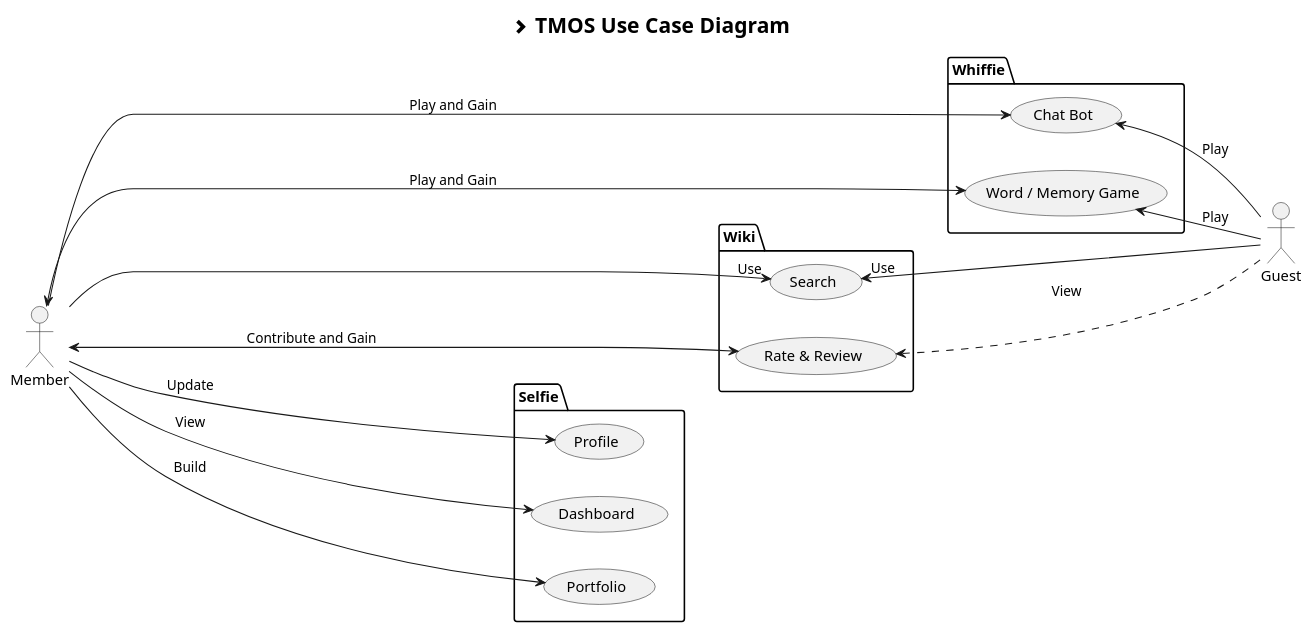
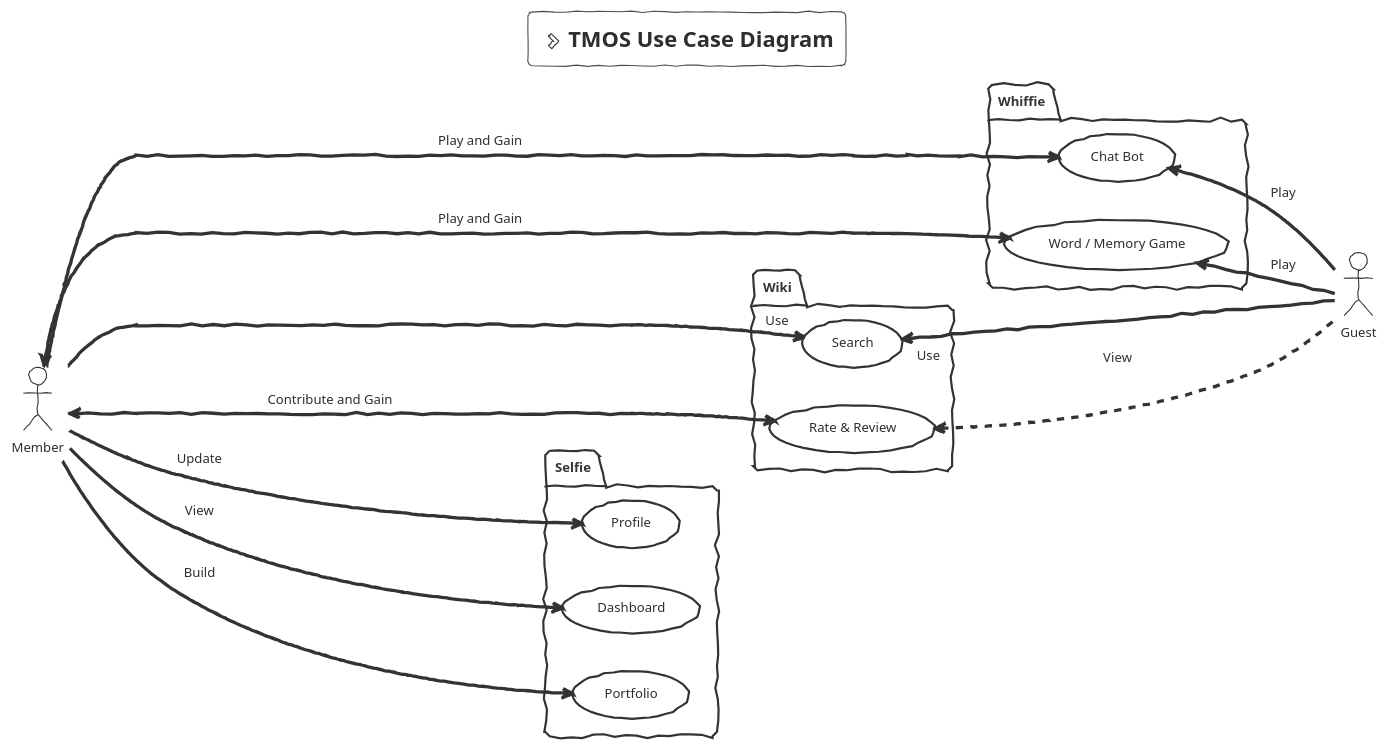
The diagram in docs/architecture/tmos_use_case.puml (pmwong008/PlantUML_boot), drawn with PlantUML before and after one commit. The commit also changed 4 other files, not shown here.

Commit message:
Sketchy theme applied to TMOS puml.

```diff
--- a/docs/architecture/tmos_use_case.puml
+++ b/docs/architecture/tmos_use_case.puml
@@ -1,43 +1,44 @@
 @startuml
+!theme sketchy-outline
 
 title <size:20> <&chevron-right> TMOS Use Case Diagram
 
 left to right direction
 actor Guest as g
 actor Member as m
 
 
 package Whiffie {
   usecase "Chat Bot" as UC1
   usecase "Word / Memory Game" as UC2
 
 }
 
 package Wiki {
   usecase "Search" as UC3
   usecase "Rate & Review" as UC4
 }
 
 package Selfie {
   usecase "Profile" as UC5
   usecase "Dashboard" as UC6
   usecase "Portfolio" as UC7
 }
 
 UC1 <-- g : Play
 UC2 <-- g : Play
 UC3 "Use" <-- g
 UC4 <-.- g : "View"
 'UC7 <-- UC4
 
 
 m --> UC1 : Play and Gain
 m <--> UC2 : Play and Gain
 m ----> "Use" UC3
 m <-----> UC4 : Contribute and Gain
 m ----> UC5 : "Update"
 m ----> UC6 : "View"
 m ----> UC7 :  "Build"
 
 
 @enduml
```
